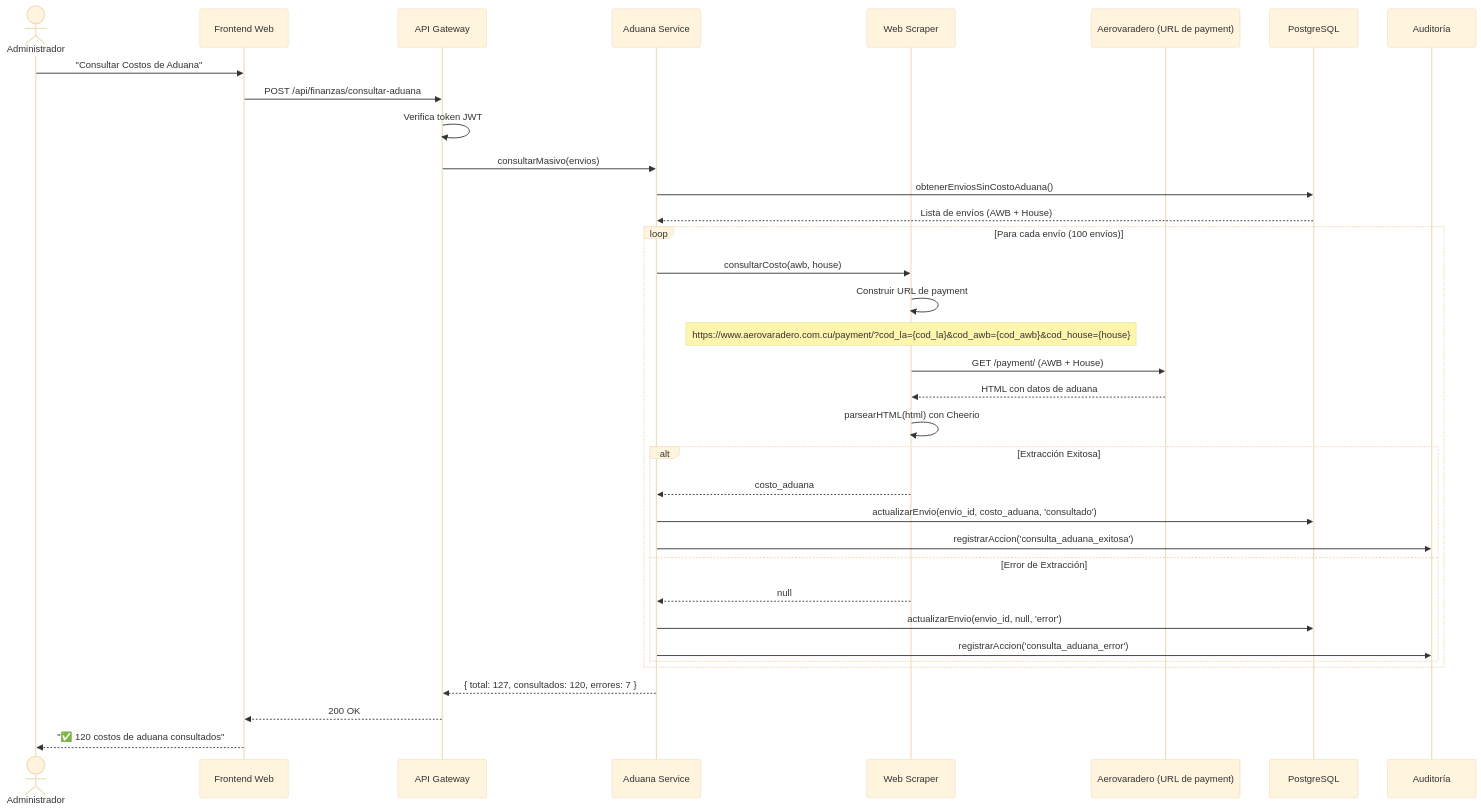
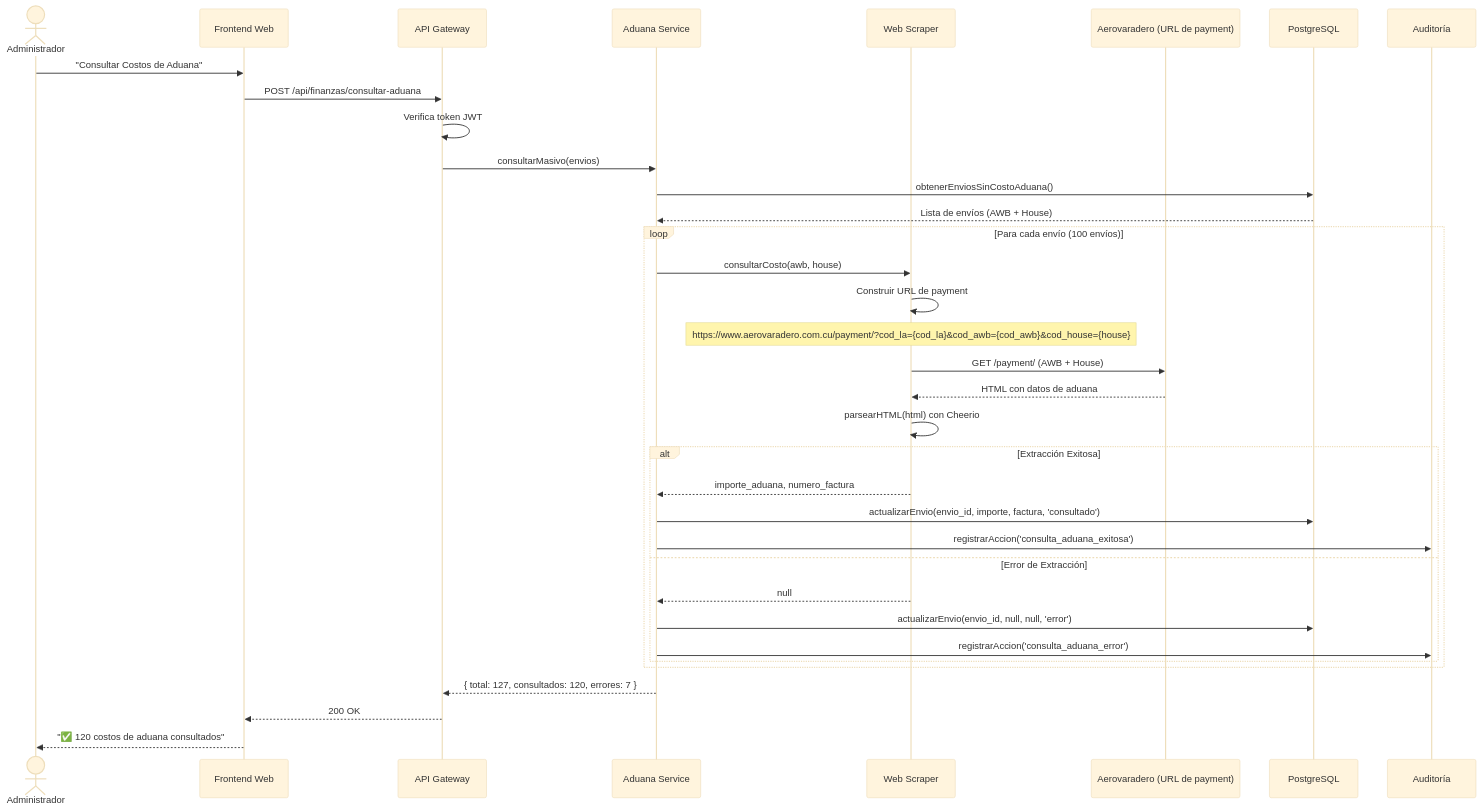
One commit to Seta-Expreso/sigma-t changed the sixth of 9 diagrams in docs/06-arquitectura.md. Above: the diagram before and after it, drawn with Mermaid (base theme). The commit also changed other lines of this file and 8 other files, not shown here.

````diff
--- a/docs/06-arquitectura.md
+++ b/docs/06-arquitectura.md
@@ -1023,40 +1123,40 @@
 ```mermaid
 sequenceDiagram
     actor Admin as Administrador
     participant UI as Frontend Web
     participant API as API Gateway
     participant AduanaSvc as Aduana Service
     participant Scraper as Web Scraper
     participant Aerovaradero as Aerovaradero (URL de payment)
     participant BD as PostgreSQL
     participant Audit as Auditoría
 
     Admin->>UI: "Consultar Costos de Aduana"
     UI->>API: POST /api/finanzas/consultar-aduana
     API->>API: Verifica token JWT
     API->>AduanaSvc: consultarMasivo(envios)
     AduanaSvc->>BD: obtenerEnviosSinCostoAduana()
     BD-->>AduanaSvc: Lista de envíos (AWB + House)
     
     loop Para cada envío (100 envíos)
         AduanaSvc->>Scraper: consultarCosto(awb, house)
         Scraper->>Scraper: Construir URL de payment
         Note over Scraper: https://www.aerovaradero.com.cu/payment/?cod_la={cod_la}&cod_awb={cod_awb}&cod_house={house}
         Scraper->>Aerovaradero: GET /payment/ (AWB + House)
         Aerovaradero-->>Scraper: HTML con datos de aduana
         Scraper->>Scraper: parsearHTML(html) con Cheerio
         alt Extracción Exitosa
-            Scraper-->>AduanaSvc: costo_aduana
-            AduanaSvc->>BD: actualizarEnvio(envio_id, costo_aduana, 'consultado')
+            Scraper-->>AduanaSvc: importe_aduana, numero_factura
+            AduanaSvc->>BD: actualizarEnvio(envio_id, importe, factura, 'consultado')
             AduanaSvc->>Audit: registrarAccion('consulta_aduana_exitosa')
         else Error de Extracción
             Scraper-->>AduanaSvc: null
-            AduanaSvc->>BD: actualizarEnvio(envio_id, null, 'error')
+            AduanaSvc->>BD: actualizarEnvio(envio_id, null, null, 'error')
             AduanaSvc->>Audit: registrarAccion('consulta_aduana_error')
         end
     end
     
     AduanaSvc-->>API: { total: 127, consultados: 120, errores: 7 }
     API-->>UI: 200 OK
     UI-->>Admin: "✅ 120 costos de aduana consultados"
 ```
````
